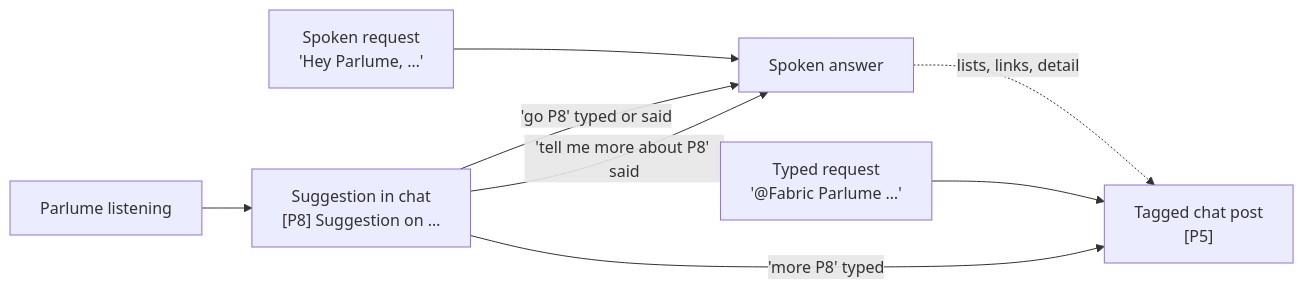
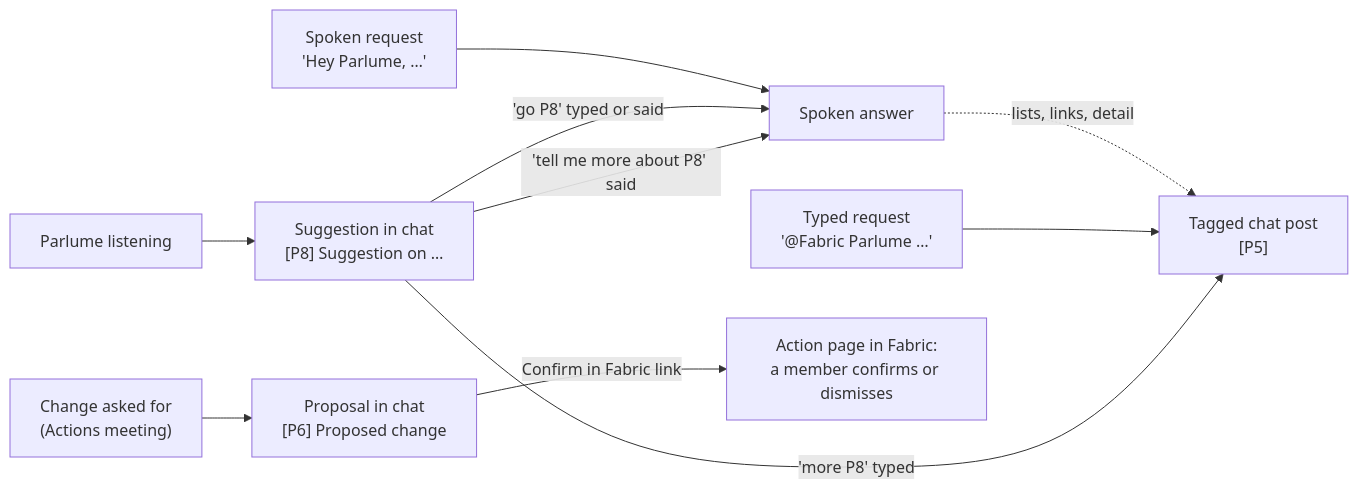
One commit to Fabric-Pro/fabric-oss changed the second of 3 diagrams in apps/web/content/docs/features/parlume-meetings.mdx. Above: the diagram before and after it, drawn with Mermaid. The commit also changed other lines of this file and 1157 other files, not shown here.

````diff
--- a/apps/web/content/docs/features/parlume-meetings.mdx
+++ b/apps/web/content/docs/features/parlume-meetings.mdx
@@ -270,10 +401,12 @@
 ```mermaid
 flowchart LR
     S["Spoken request<br/>'Hey Parlume, …'"] --> V["Spoken answer"]
     V -. "lists, links, detail" .-> C["Tagged chat post<br/>[P5]"]
     T["Typed request<br/>'@Fabric Parlume …'"] --> C
     L["Parlume listening"] --> G["Suggestion in chat<br/>[P8] Suggestion on …"]
     G -- "'go P8' typed or said" --> V
     G -- "'more P8' typed" --> C
     G -- "'tell me more about P8' said" --> V
+    A["Change asked for<br/>(Actions meeting)"] --> P["Proposal in chat<br/>[P6] Proposed change"]
+    P -- "Confirm in Fabric link" --> F["Action page in Fabric:<br/>a member confirms or dismisses"]
 ```
````
